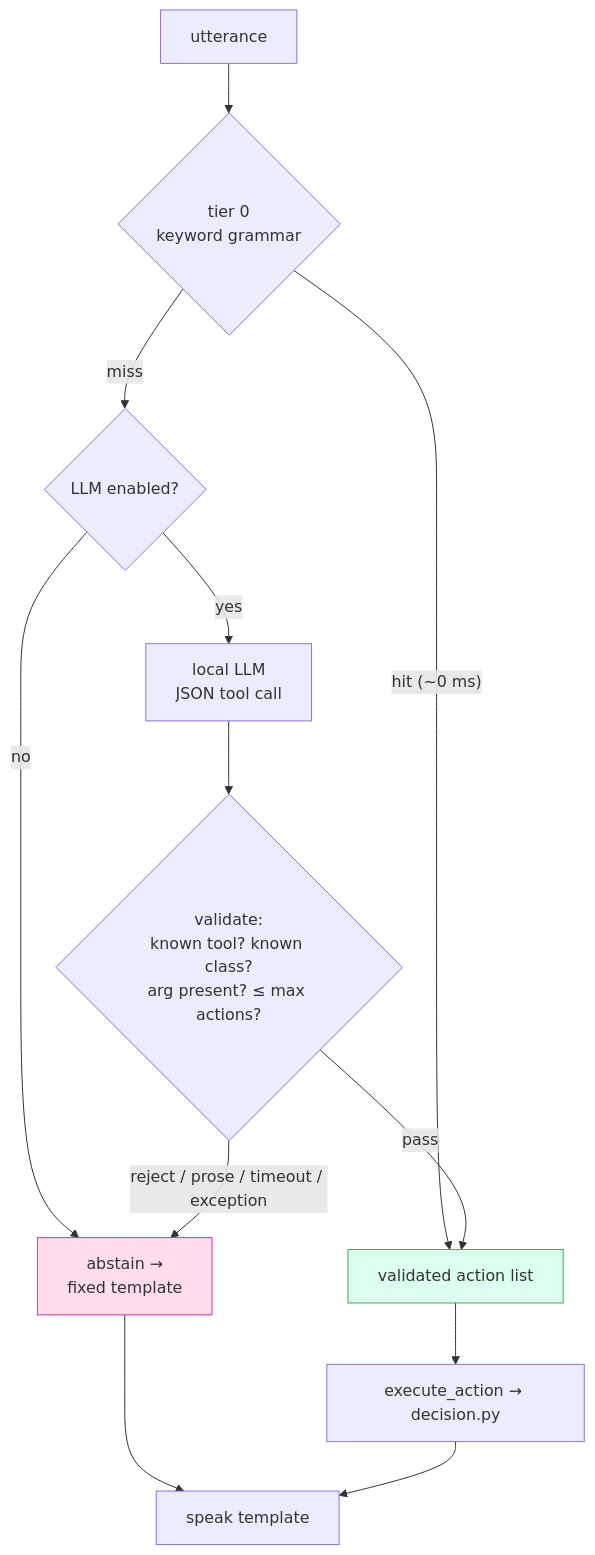
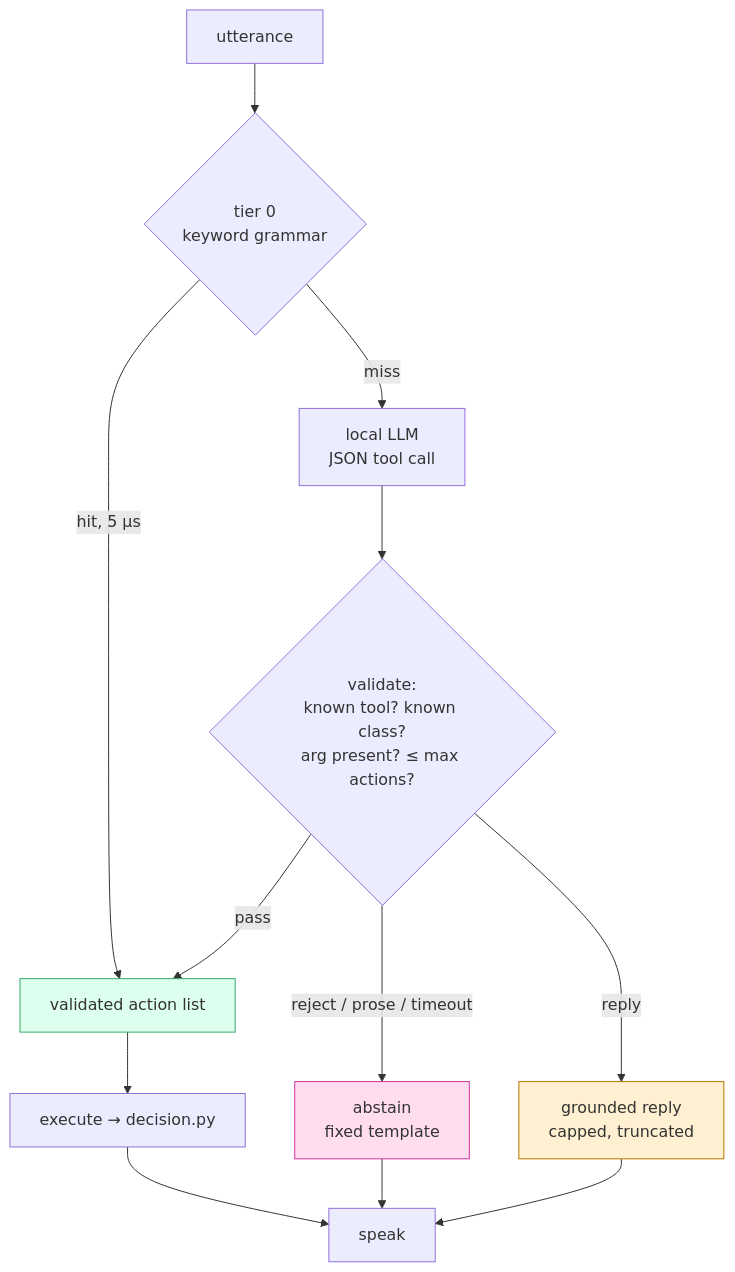
Before and after one commit to Aditya17-bot/object_detection_blind: the second of 2 diagrams in paper/PAPER.md, drawn with Mermaid. The commit also changed other lines of this file and 6 other files, not shown here.

````diff
--- a/paper/PAPER.md
+++ b/paper/PAPER.md
@@ -854,17 +981,18 @@
 ```mermaid
 flowchart TD
     U["utterance"] --> T0{"tier 0<br/>keyword grammar"}
-    T0 -->|"hit (~0 ms)"| ACT["validated action list"]
-    T0 -->|"miss"| L{"LLM enabled?"}
-    L -->|"no"| AB["abstain →<br/>fixed template"]
-    L -->|"yes"| M["local LLM<br/>JSON tool call"]
+    T0 -->|"hit, 5 µs"| ACT["validated action list"]
+    T0 -->|"miss"| M["local LLM<br/>JSON tool call"]
     M --> V{"validate:<br/>known tool? known class?<br/>arg present? ≤ max actions?"}
     V -->|"pass"| ACT
-    V -->|"reject / prose / timeout / exception"| AB
-    ACT --> EX["execute_action → decision.py"]
-    AB --> SP["speak template"]
-    EX --> SP
+    V -->|"reject / prose / timeout"| AB["abstain<br/>fixed template"]
+    V -->|"reply"| SAY["grounded reply<br/>capped, truncated"]
+    ACT --> EX["execute → decision.py"]
+    EX --> SP["speak"]
+    AB --> SP
+    SAY --> SP
 
     style AB fill:#fde,stroke:#c39
     style ACT fill:#dfe,stroke:#3a6
+    style SAY fill:#fef0d0,stroke:#b57500
 ```
````
